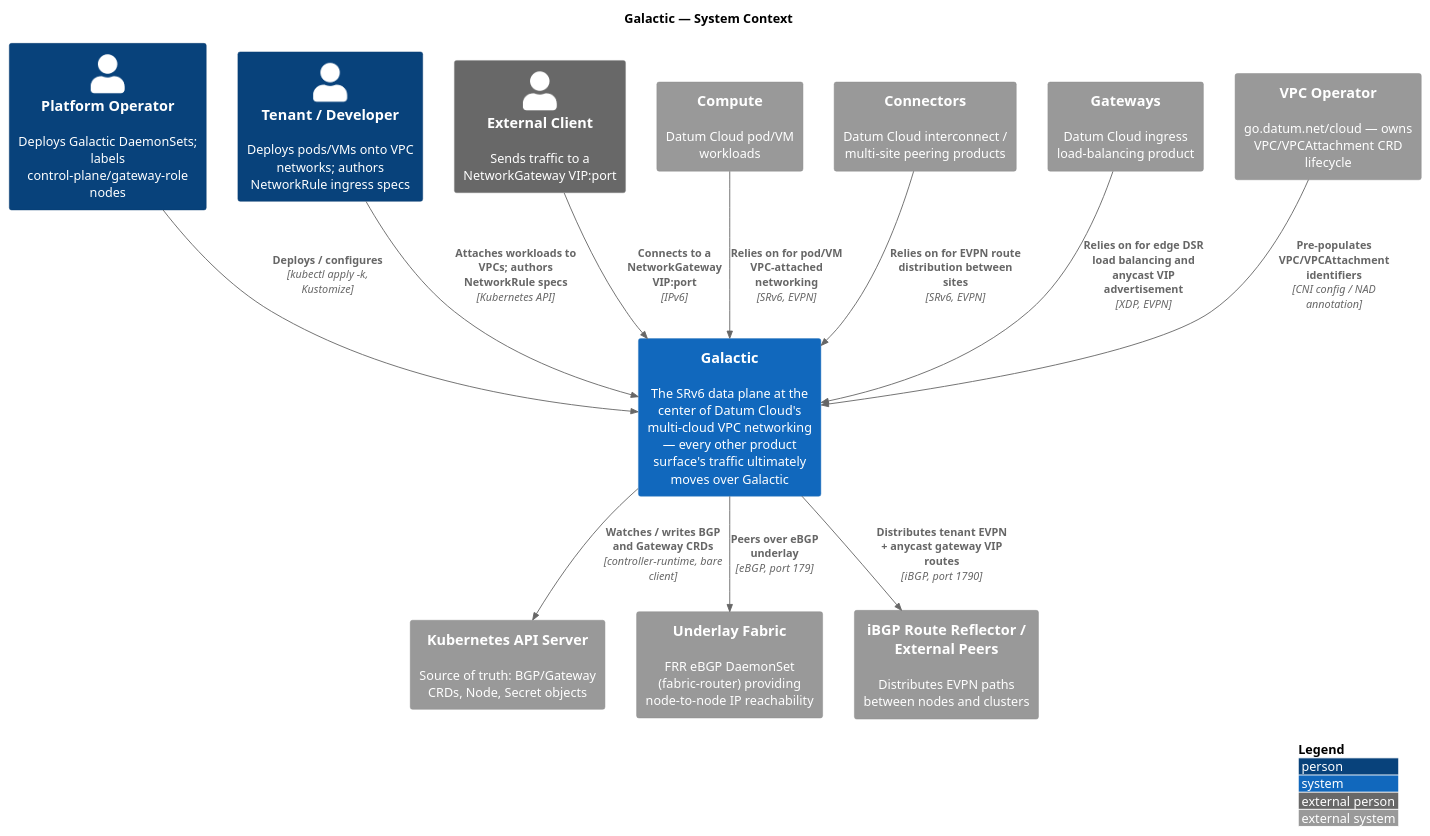
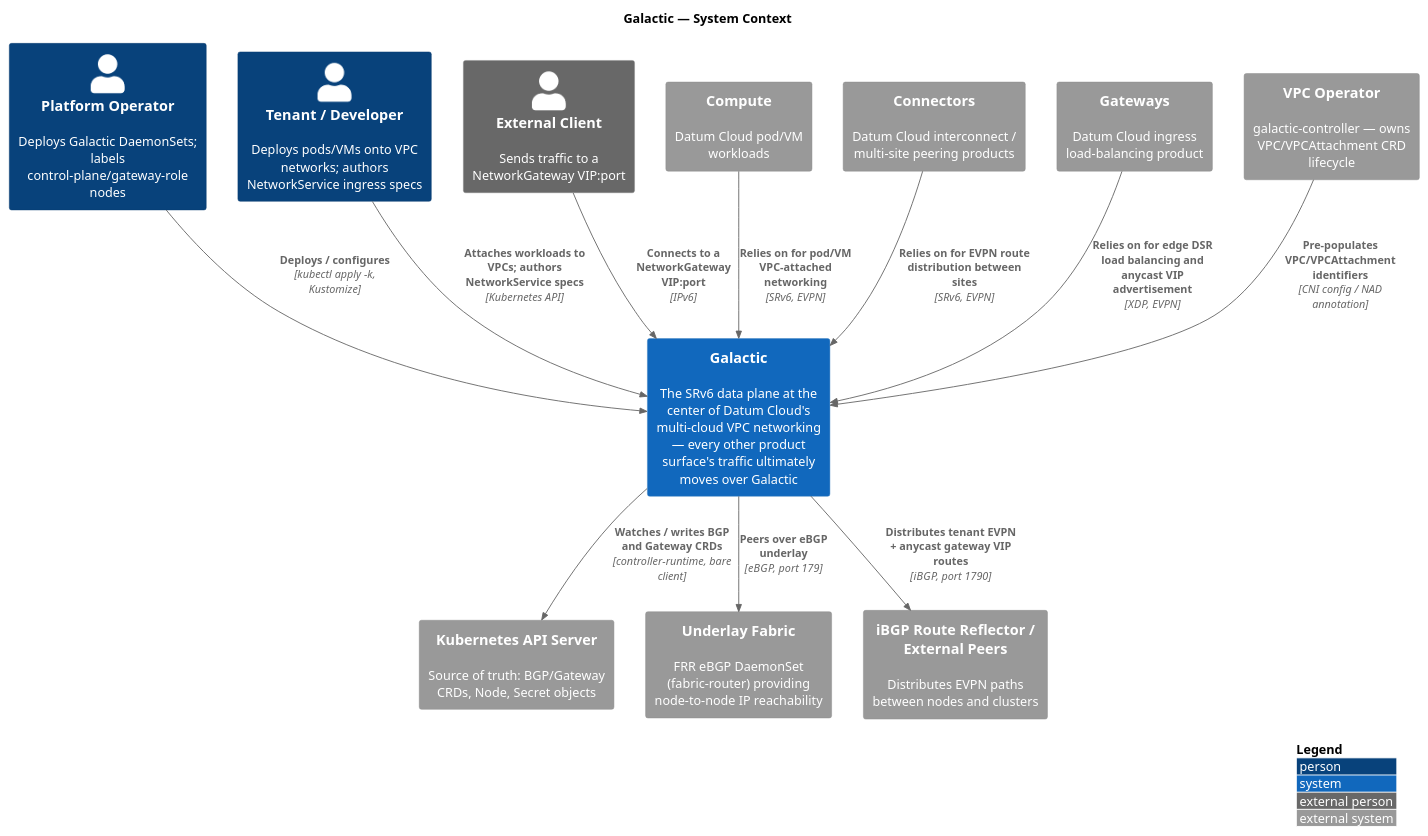
One commit to datum-cloud/galactic changed the diagram in docs/architecture/context.puml. Above: the diagram before and after it, drawn with PlantUML. The commit also changed 297 other files, not shown here.

First line of the commit message:
Consolidate cloud and network APIs into Galactic

```diff
--- a/docs/architecture/context.puml
+++ b/docs/architecture/context.puml
@@ -1,36 +1,36 @@
 @startuml context
 !include https://raw.githubusercontent.com/plantuml-stdlib/C4-PlantUML/master/C4_Context.puml
 
 LAYOUT_WITH_LEGEND()
 
 title Galactic — System Context
 
 Person(operator, "Platform Operator", "Deploys Galactic DaemonSets; labels control-plane/gateway-role nodes")
-Person(tenant, "Tenant / Developer", "Deploys pods/VMs onto VPC networks; authors NetworkRule ingress specs")
+Person(tenant, "Tenant / Developer", "Deploys pods/VMs onto VPC networks; authors NetworkService ingress specs")
 Person_Ext(client, "External Client", "Sends traffic to a NetworkGateway VIP:port")
 
 System(galactic, "Galactic", "The SRv6 data plane at the center of Datum Cloud's multi-cloud VPC networking — every other product surface's traffic ultimately moves over Galactic")
 
 System_Ext(compute, "Compute", "Datum Cloud pod/VM workloads")
 System_Ext(connectors, "Connectors", "Datum Cloud interconnect / multi-site peering products")
 System_Ext(gateways, "Gateways", "Datum Cloud ingress load-balancing product")
 
 System_Ext(k8s, "Kubernetes API Server", "Source of truth: BGP/Gateway CRDs, Node, Secret objects")
-System_Ext(vpcop, "VPC Operator", "go.datum.net/cloud — owns VPC/VPCAttachment CRD lifecycle")
+System_Ext(vpcop, "VPC Operator", "galactic-controller — owns VPC/VPCAttachment CRD lifecycle")
 System_Ext(fabric, "Underlay Fabric", "FRR eBGP DaemonSet (fabric-router) providing node-to-node IP reachability")
 System_Ext(rr, "iBGP Route Reflector / External Peers", "Distributes EVPN paths between nodes and clusters")
 
 Rel(operator, galactic, "Deploys / configures", "kubectl apply -k, Kustomize")
-Rel(tenant, galactic, "Attaches workloads to VPCs; authors NetworkRule specs", "Kubernetes API")
+Rel(tenant, galactic, "Attaches workloads to VPCs; authors NetworkService specs", "Kubernetes API")
 Rel(client, galactic, "Connects to a NetworkGateway VIP:port", "IPv6")
 
 Rel(compute, galactic, "Relies on for pod/VM VPC-attached networking", "SRv6, EVPN")
 Rel(connectors, galactic, "Relies on for EVPN route distribution between sites", "SRv6, EVPN")
 Rel(gateways, galactic, "Relies on for edge DSR load balancing and anycast VIP advertisement", "XDP, EVPN")
 
 Rel(galactic, k8s, "Watches / writes BGP and Gateway CRDs", "controller-runtime, bare client")
 Rel(vpcop, galactic, "Pre-populates VPC/VPCAttachment identifiers", "CNI config / NAD annotation")
 Rel(galactic, fabric, "Peers over eBGP underlay", "eBGP, port 179")
 Rel(galactic, rr, "Distributes tenant EVPN + anycast gateway VIP routes", "iBGP, port 1790")
 
 @enduml
```
